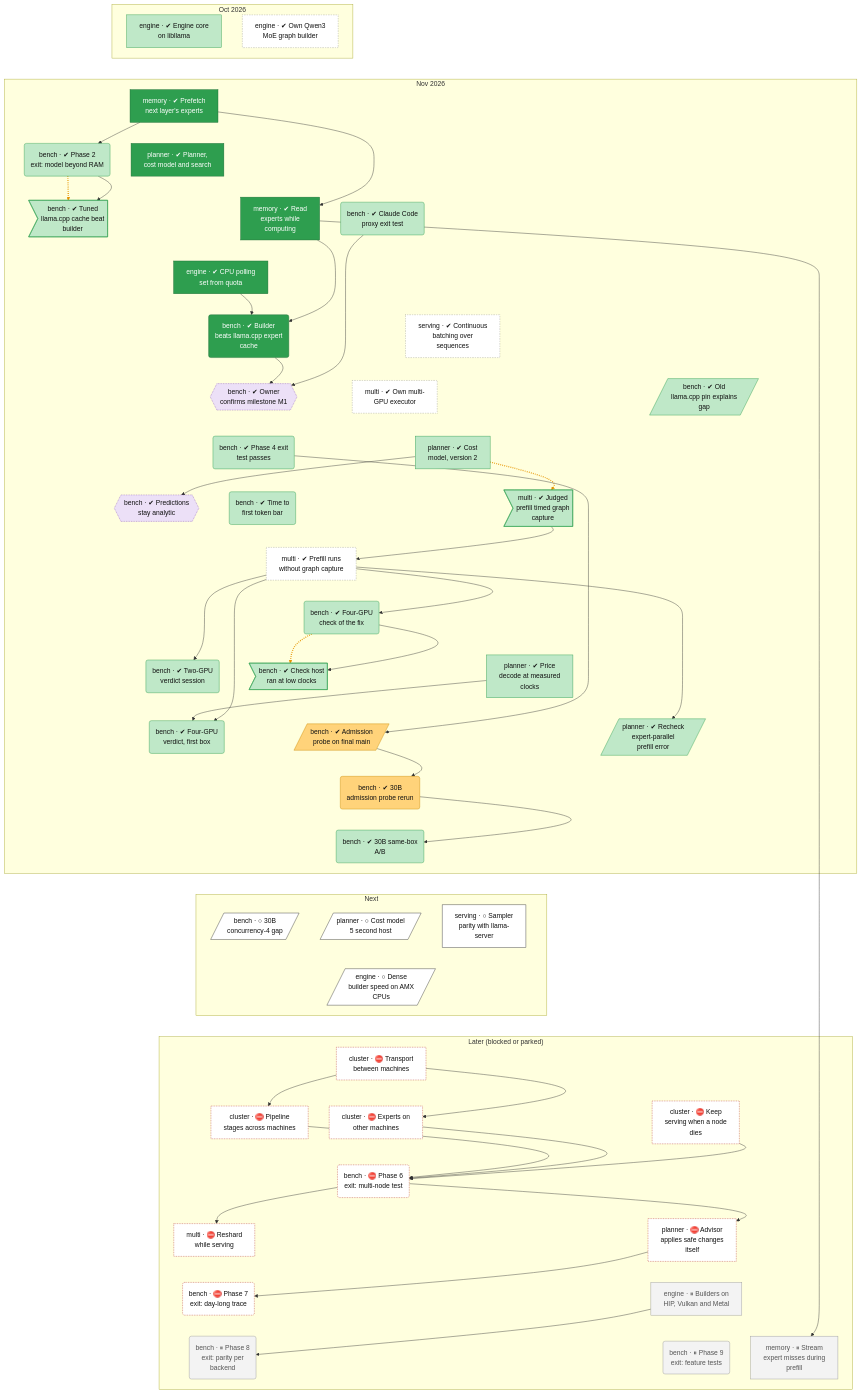
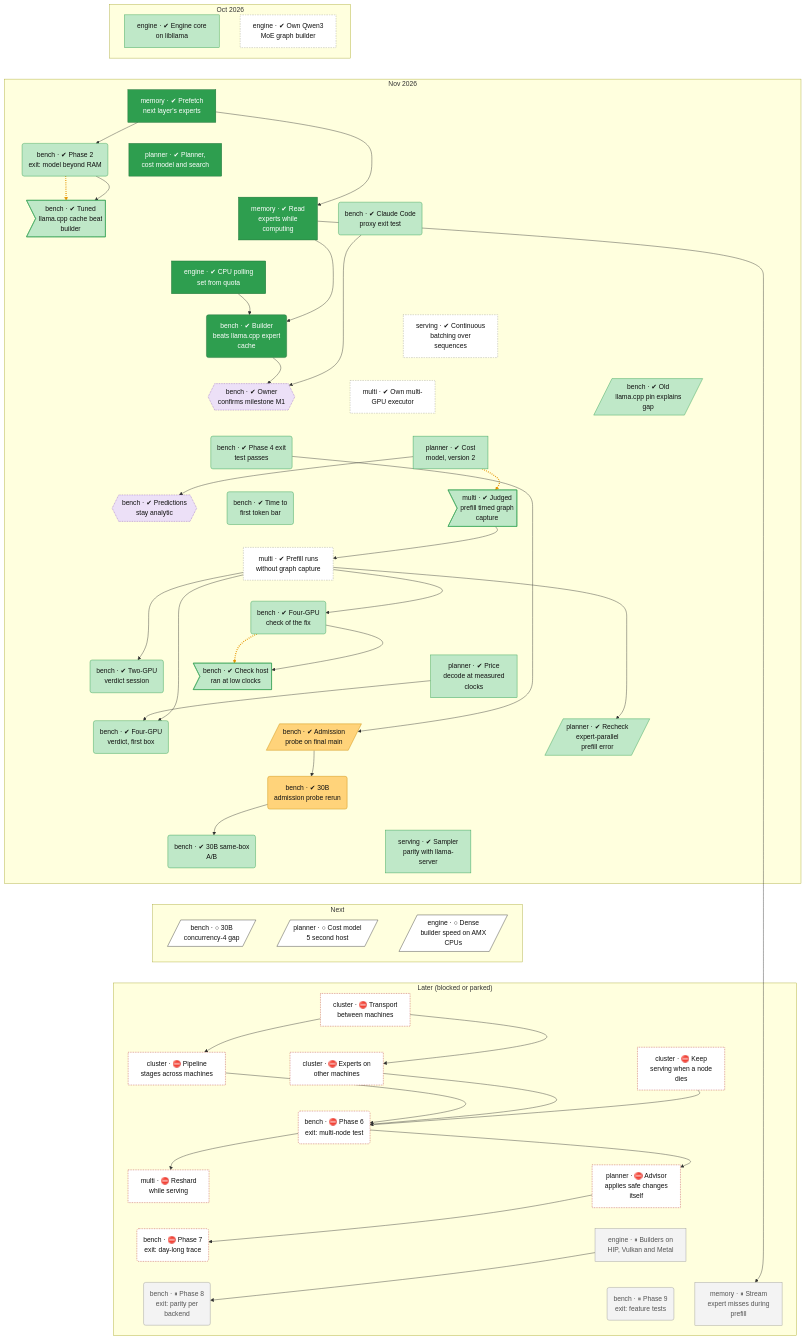
One commit to lhns/tetraeder changed the second of 2 diagrams in docs/roadmap.md. Above: the diagram before and after it, drawn with Mermaid. The commit also changed other lines of this file and 3 other files, not shown here.

Commit message:
Tree: serving-parity-sampling done (612 passed, 20 xfailed; 5 sampling gaps closed), serving-parity-fields next (after M2, ADR 0083 group A; not measured)

````diff
--- a/docs/roadmap.md
+++ b/docs/roadmap.md
@@ -133,11 +133,11 @@
         planner_ep_prefill_recheck[/"planner · ✔ Recheck<br/>expert-parallel<br/>prefill error"/]
         bench_d2a_30b("bench · ✔ 30B<br/>admission probe rerun")
         bench_ab30b("bench · ✔ 30B same-box<br/>A/B")
+        serving_parity_sampling["serving · ✔ Sampler<br/>parity with llama-<br/>server"]
     end
     subgraph bd_2["Next"]
         bench_30b_c4_gap[/"bench · ○ 30B<br/>concurrency-4 gap"/]
         planner_cost_model_v5_host2[/"planner · ○ Cost model<br/>5 second host"/]
-        serving_parity_sampling["serving · ○ Sampler<br/>parity with llama-<br/>server"]
         engine_dense_amx[/"engine · ○ Dense<br/>builder speed on AMX<br/>CPUs"/]
     end
     subgraph bd_3["Later (blocked or parked)"]
@@ -189,12 +189,12 @@
     bench_v4a_verdict ~~~ bench_d2a_30b
     planner_ep_prefill_recheck ~~~ bench_d2a_30b
     bench_d2a_30b ~~~ bench_ab30b
+    bench_d2a_30b ~~~ serving_parity_sampling
     bench_ab30b ~~~ bench_30b_c4_gap
-    bench_ab30b ~~~ planner_cost_model_v5_host2
-    bench_ab30b ~~~ serving_parity_sampling
-    bench_30b_c4_gap ~~~ engine_dense_amx
-    planner_cost_model_v5_host2 ~~~ engine_dense_amx
+    serving_parity_sampling ~~~ planner_cost_model_v5_host2
     serving_parity_sampling ~~~ engine_dense_amx
+    bench_30b_c4_gap ~~~ cluster_transport
+    planner_cost_model_v5_host2 ~~~ cluster_transport
     engine_dense_amx ~~~ cluster_transport
     cluster_transport ~~~ cluster_pipeline_nodes
     cluster_transport ~~~ cluster_experts_nodes
@@ -256,11 +256,11 @@
     classDef finding fill:#ffe0b2,stroke:#d84315,stroke-width:2px,color:#111
     classDef waiting fill:#e3f2fd,stroke:#1f6fc5,stroke-dasharray:5 5,color:#111
     class multi_prefill_no_capture,engine_moe_builder,multi_executor,serving_batching unrated
-    class engine_libllama,planner_cost_v2,multi_defect_capture,bench_phase2_exit,bench_defect_tuned_cache,bench_phase3b_proxy,bench_pin_ab,bench_phase4_exit,bench_ttft,bench_s3f2,bench_defect_s3f2_clock,bench_v2_verdict,planner_cost_model_v5,bench_v4a_verdict,bench_ab30b,planner_ep_prefill_recheck succ
+    class engine_libllama,planner_cost_v2,multi_defect_capture,bench_phase2_exit,bench_defect_tuned_cache,bench_phase3b_proxy,bench_pin_ab,bench_phase4_exit,bench_ttft,bench_s3f2,bench_defect_s3f2_clock,bench_v2_verdict,planner_cost_model_v5,bench_v4a_verdict,bench_ab30b,serving_parity_sampling,planner_ep_prefill_recheck succ
     class engine_cpu_poll,memory_prefetch,memory_io_service,planner_core,bench_m1_point1 vsucc
     class bench_owner_m1,bench_owner_analytic decided
     class bench_d2a_probe,bench_d2a_30b mixed
-    class bench_30b_c4_gap,planner_cost_model_v5_host2,serving_parity_sampling,engine_dense_amx next
+    class bench_30b_c4_gap,planner_cost_model_v5_host2,engine_dense_amx next
     class cluster_transport,cluster_pipeline_nodes,cluster_experts_nodes,cluster_failover,bench_phase6_exit,multi_live_reshard,planner_advisor_auto,bench_phase7_exit blocked
     class engine_backend_parity,bench_phase8_exit,bench_phase9_exit,memory_prefill_misses parked
 ```
````
